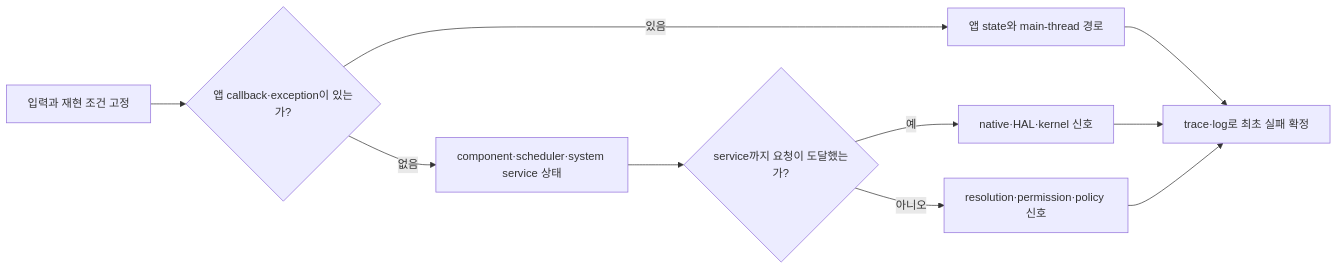
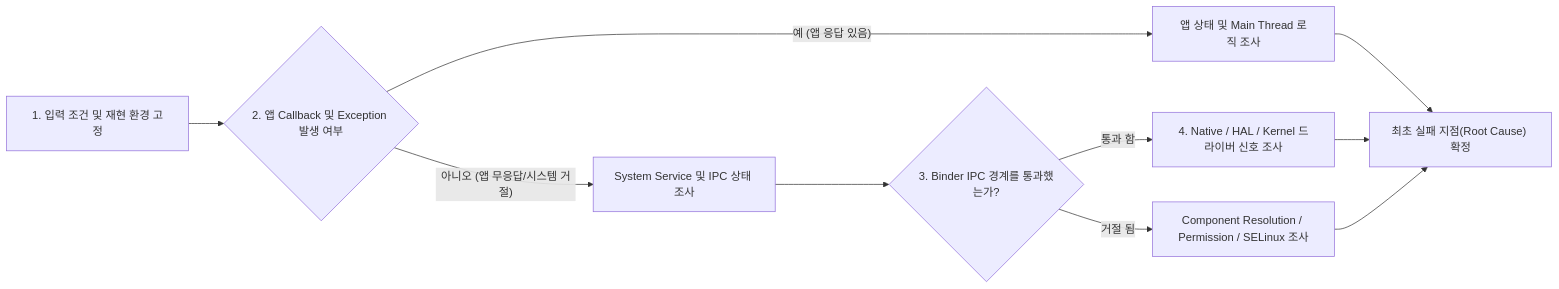
The diagram in 01_inbox/mobile/android/00_foundations/overview/foundation-contracts/android-stack-boundaries-explain-where-a-problem-belongs.md (youngmin-gwon/what-i-studied), drawn with Mermaid before and after one commit. The commit also changed other lines of this file and 13 other files, not shown here.

````diff
--- a/01_inbox/mobile/android/00_foundations/overview/foundation-contracts/android-stack-boundaries-explain-where-a-problem-belongs.md
+++ b/01_inbox/mobile/android/00_foundations/overview/foundation-contracts/android-stack-boundaries-explain-where-a-problem-belongs.md
@@ -18,12 +20,15 @@
 ```mermaid
 flowchart LR
-    Repro["입력과 재현 조건 고정"] --> Callback{"앱 callback·exception이 있는가?"}
-    Callback -- "없음" --> System["component·scheduler·system service 상태"]
-    Callback -- "있음" --> App["앱 state와 main-thread 경로"]
-    System --> Native{"service까지 요청이 도달했는가?"}
-    Native -- "예" --> Hal["native·HAL·kernel 신호"]
-    Native -- "아니오" --> Policy["resolution·permission·policy 신호"]
-    App --> Trace["trace·log로 최초 실패 확정"]
-    Hal --> Trace
-    Policy --> Trace
+    Repro["1. 입력 조건 및 재현 환경 고정"] --> Callback{"2. 앱 Callback 및 Exception 발생 여부"}
+    
+    Callback -- "예 (앱 응답 있음)" --> AppDomain["앱 상태 및 Main Thread 로직 조사"]
+    Callback -- "아니오 (앱 무응답/시스템 거절)" --> SystemDomain["System Service 및 IPC 상태 조사"]
+    
+    SystemDomain --> BinderCheck{"3. Binder IPC 경계를 통과했는가?"}
+    BinderCheck -- "통과 함" --> HALCheck["4. Native / HAL / Kernel 드라이버 신호 조사"]
+    BinderCheck -- "거절 됨" --> PolicyCheck["Component Resolution / Permission / SELinux 조사"]
+    
+    AppDomain --> Conclusion["최초 실패 지점(Root Cause) 확정"]
+    HALCheck --> Conclusion
+    PolicyCheck --> Conclusion
 ```
````
